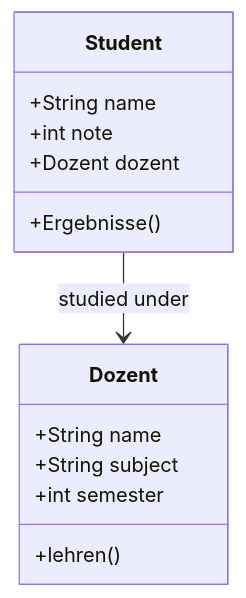
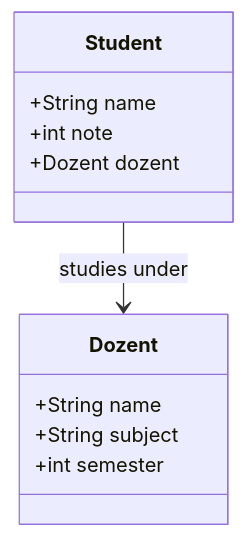
One commit to J-Moessmer/Python_excercises_BITLC changed the first of 2 diagrams in 26-02-23/README.md. Above: the diagram before and after it, drawn with Mermaid. The commit also changed other lines of this file and 28 other files, not shown here.

````diff
--- a/26-02-23/README.md
+++ b/26-02-23/README.md
@@ -22,16 +44,14 @@
 ```mermaid
 classDiagram
     class Dozent {
         +String name
         +String subject
         +int semester
-        +lehren()
     }
     class Student {
         +String name
         +int note
         +Dozent dozent
-        +Ergebnisse()
     }
-    Student --> Dozent : studied under
+    Student --> Dozent : studies under
 ```
````
